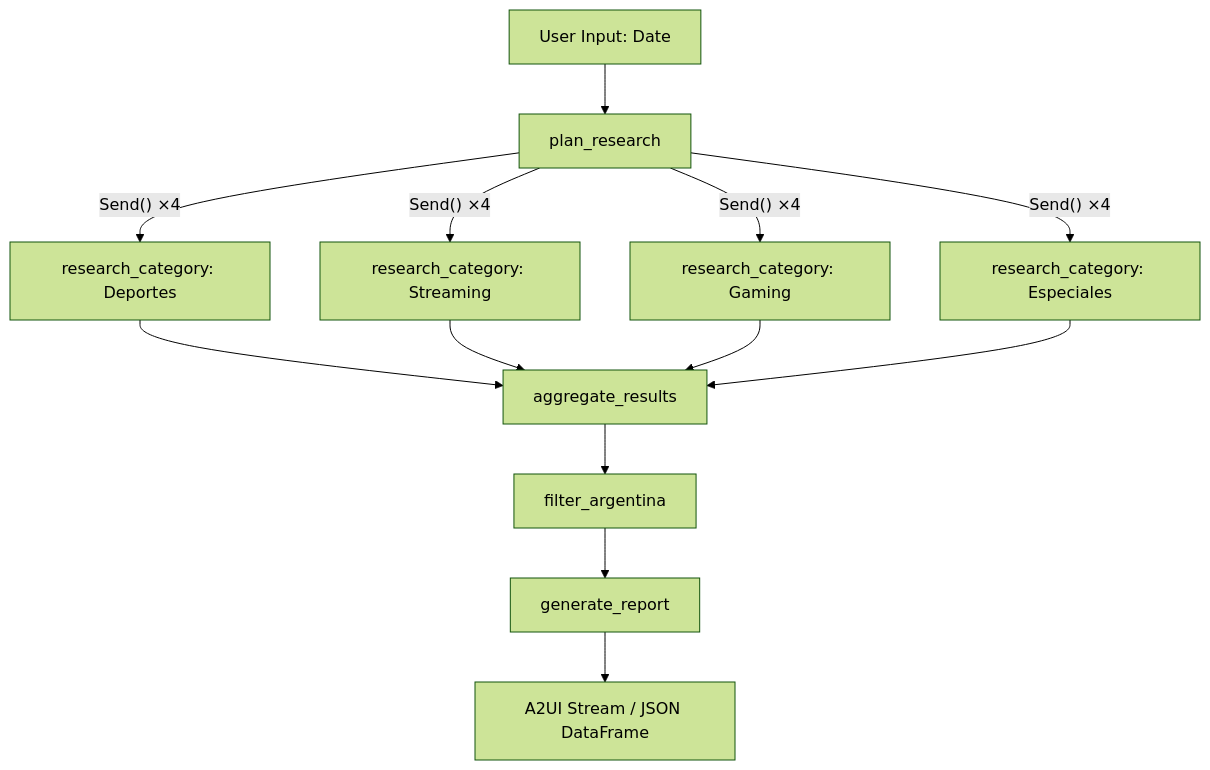
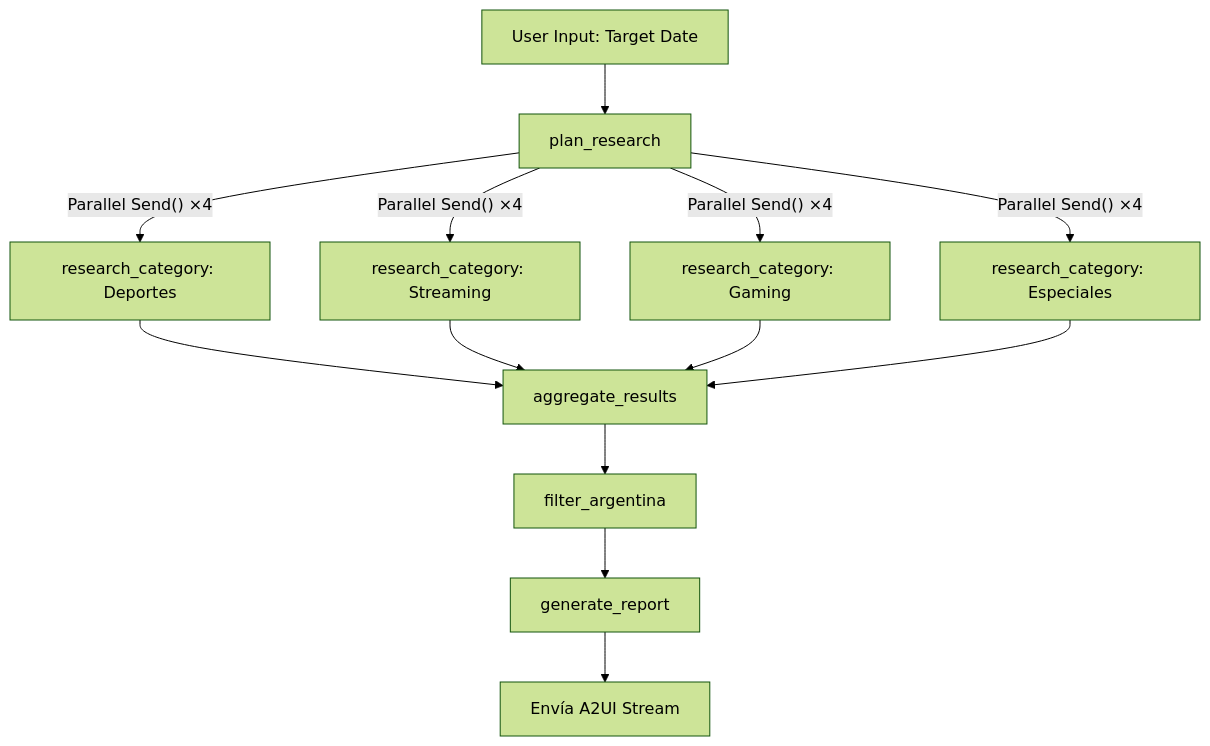
The third of 3 diagrams in README.md (dracero/deep_reasearch_events), drawn with Mermaid (forest theme) before and after one commit. The commit also changed other lines of this file and 38 other files, not shown here.

````diff
--- a/README.md
+++ b/README.md
@@ -56,15 +70,15 @@
 ```mermaid
 graph TD
-    A["User Input: Date"] --> B["plan_research"]
-    B -->|"Send() ×4"| C1["research_category: Deportes"]
-    B -->|"Send() ×4"| C2["research_category: Streaming"]
-    B -->|"Send() ×4"| C3["research_category: Gaming"]
-    B -->|"Send() ×4"| C4["research_category: Especiales"]
+    A["User Input: Target Date"] --> B["plan_research"]
+    B -->|"Parallel Send() ×4"| C1["research_category: Deportes"]
+    B -->|"Parallel Send() ×4"| C2["research_category: Streaming"]
+    B -->|"Parallel Send() ×4"| C3["research_category: Gaming"]
+    B -->|"Parallel Send() ×4"| C4["research_category: Especiales"]
     C1 --> D["aggregate_results"]
     C2 --> D
     C3 --> D
     C4 --> D
     D --> E["filter_argentina"]
     E --> F["generate_report"]
-    F --> G["A2UI Stream / JSON DataFrame"]
+    F --> G["Envía A2UI Stream"]
 ```
````
